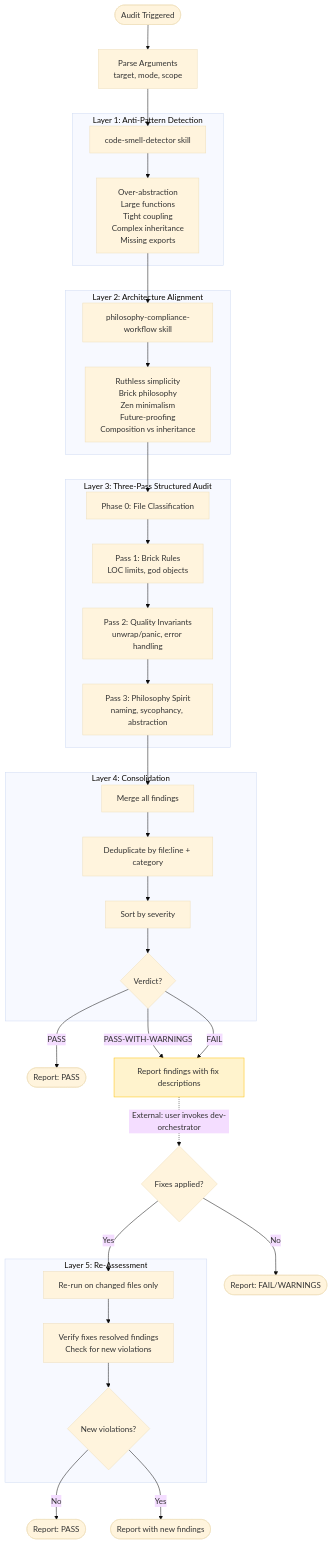
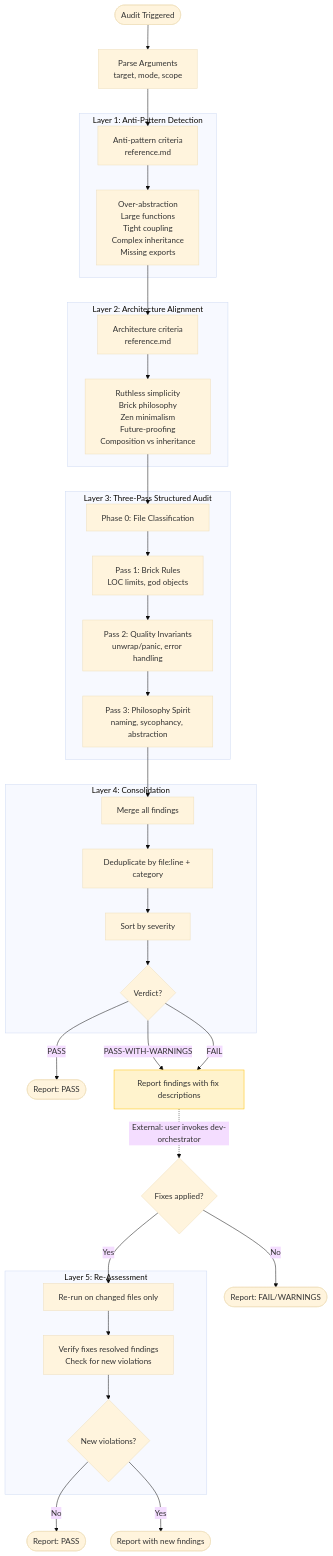
The diagram in amplifier-bundle/skills/code-philosophy/SKILL.md (rysweet/amplihack-rs), drawn with Mermaid (base theme) before and after one commit. The commit also changed other lines of this file and 33 other files, not shown here.

Commit message:
docs: consolidate code philosophy audit skills

````diff
--- a/amplifier-bundle/skills/code-philosophy/SKILL.md
+++ b/amplifier-bundle/skills/code-philosophy/SKILL.md
@@ -44,55 +41,55 @@
 ```mermaid
 flowchart TD
     START([Audit Triggered]) --> ARGS[Parse Arguments<br/>target, mode, scope]
     ARGS --> L1
 
     subgraph "Layer 1: Anti-Pattern Detection"
-        L1[code-smell-detector skill]
+        L1[Anti-pattern criteria<br/>reference.md]
         L1 --> L1R[Over-abstraction<br/>Large functions<br/>Tight coupling<br/>Complex inheritance<br/>Missing exports]
     end
 
     L1R --> L2
 
     subgraph "Layer 2: Architecture Alignment"
-        L2[philosophy-compliance-workflow skill]
+        L2[Architecture criteria<br/>reference.md]
         L2 --> L2R[Ruthless simplicity<br/>Brick philosophy<br/>Zen minimalism<br/>Future-proofing<br/>Composition vs inheritance]
     end
 
     L2R --> L3
 
     subgraph "Layer 3: Three-Pass Structured Audit"
         L3[Phase 0: File Classification] --> P1
         P1[Pass 1: Brick Rules<br/>LOC limits, god objects] --> P2
         P2[Pass 2: Quality Invariants<br/>unwrap/panic, error handling] --> P3
         P3[Pass 3: Philosophy Spirit<br/>naming, sycophancy, abstraction]
     end
 
     P3 --> L4
 
     subgraph "Layer 4: Consolidation"
         L4[Merge all findings] --> DEDUP
         DEDUP[Deduplicate by file:line + category] --> SORT
         SORT[Sort by severity] --> VERDICT
         VERDICT{Verdict?}
     end
 
     VERDICT -->|PASS| DONE([Report: PASS])
     VERDICT -->|PASS-WITH-WARNINGS| DELEGATE
     VERDICT -->|FAIL| DELEGATE
 
     DELEGATE[Report findings with fix descriptions]:::external
     DELEGATE -.->|"External: user invokes dev-orchestrator"| FIXED{Fixes applied?}
     FIXED -->|No| DONE2([Report: FAIL/WARNINGS])
     FIXED -->|Yes| L5
 
     classDef external fill:#fff3cd,stroke:#ffc107
 
     subgraph "Layer 5: Re-Assessment"
         L5[Re-run on changed files only] --> L5C
         L5C[Verify fixes resolved findings<br/>Check for new violations] --> L5V
         L5V{New violations?}
     end
 
     L5V -->|No| DONE3([Report: PASS])
     L5V -->|Yes| DONE4([Report with new findings])
 ```
````
